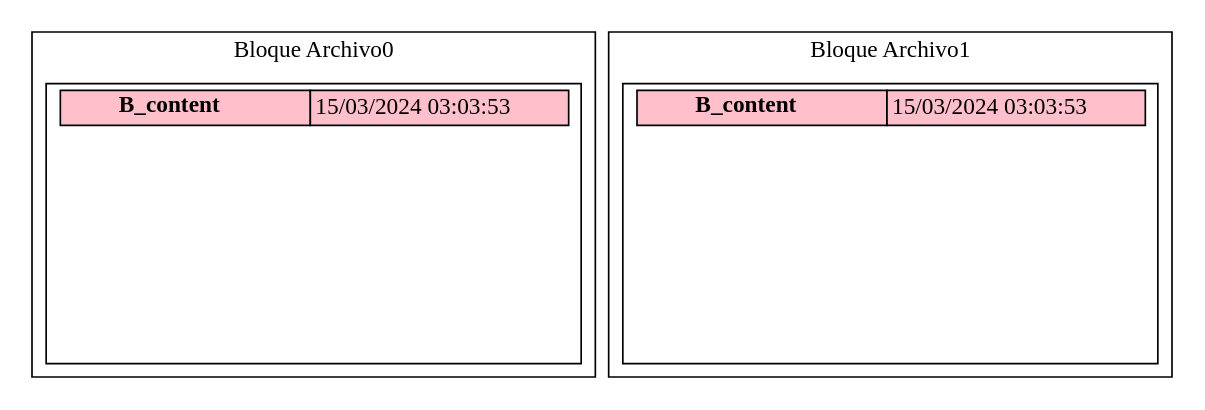
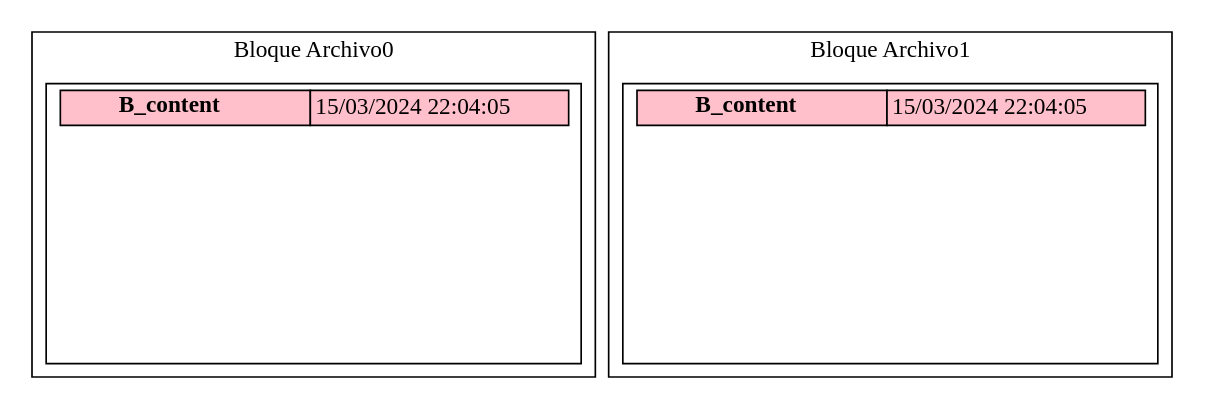
One commit to NatalyDuarte/MIA_P1_202001570 changed the diagram in Bloques.dot. Above: the diagram before and after it, drawn with Graphviz. The commit also changed 21 other files, not shown here.

```diff
--- a/Bloques.dot
+++ b/Bloques.dot
@@ -1,14 +1,14 @@
 digraph G{
 subgraph cluster_0{
  label="Bloque Archivo0"
 tbl_0[shape=box, label=<
 <table border='0' cellborder='1' cellspacing='0'  width='300' height='160' >
-<tr><td width='150' bgcolor="pink"><b>B_content</b></td><td width='150' bgcolor="pink">15/03/2024 03:03:53</td></tr>
+<tr><td width='150' bgcolor="pink"><b>B_content</b></td><td width='150' bgcolor="pink">15/03/2024 22:04:05</td></tr>
 </table>>];}
 subgraph cluster_1{
  label="Bloque Archivo1"
 tbl_1[shape=box, label=<
 <table border='0' cellborder='1' cellspacing='0'  width='300' height='160' >
-<tr><td width='150' bgcolor="pink"><b>B_content</b></td><td width='150' bgcolor="pink">15/03/2024 03:03:53</td></tr>
+<tr><td width='150' bgcolor="pink"><b>B_content</b></td><td width='150' bgcolor="pink">15/03/2024 22:04:05</td></tr>
 </table>>];}
 }
```
